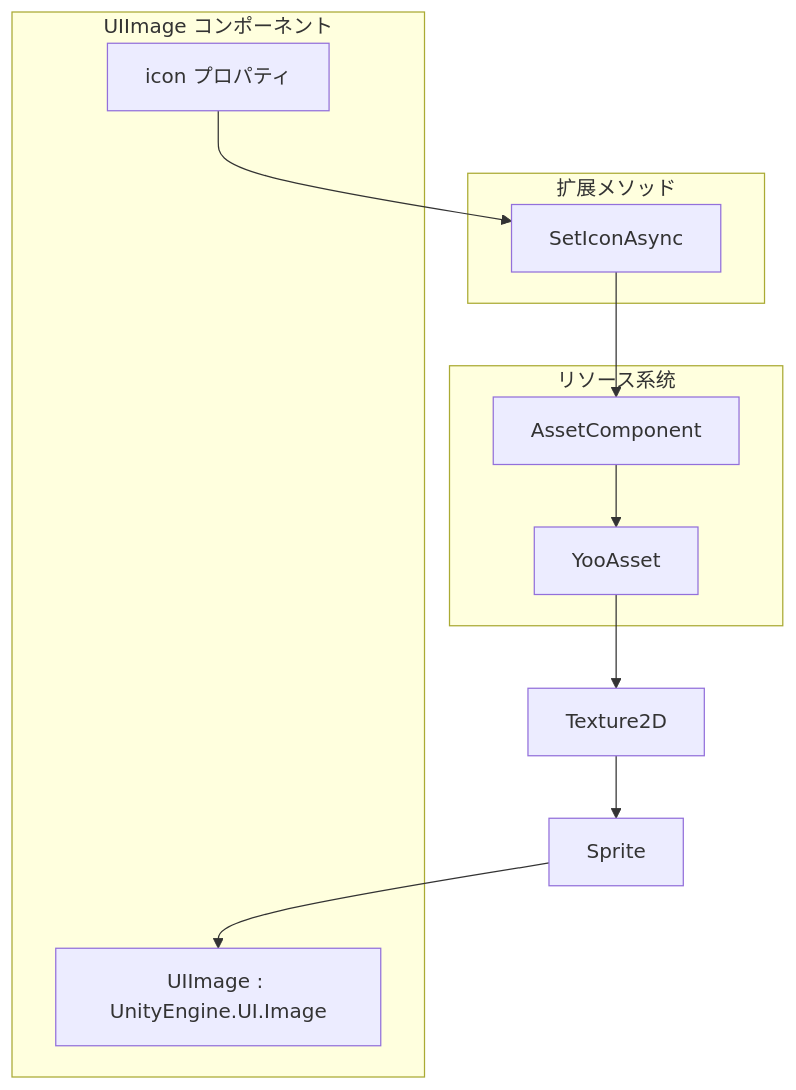
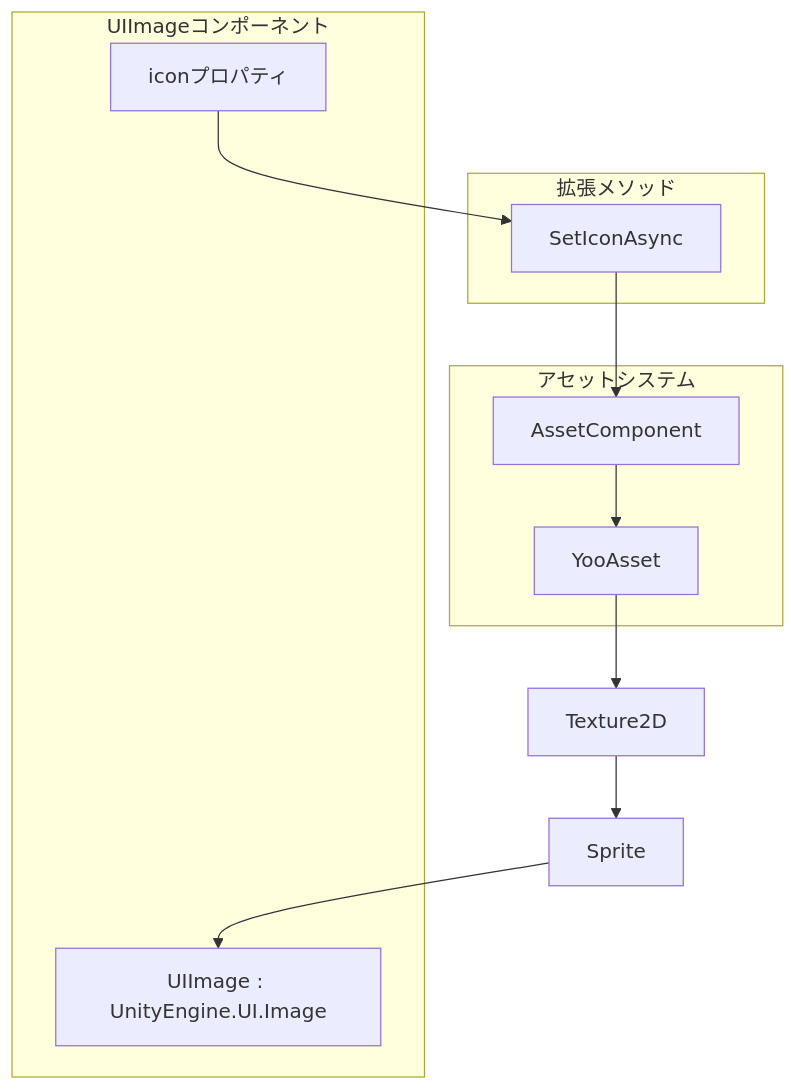
Before and after one commit to AlianBlank/GameFrameX.Docs: the first of 3 diagrams in docs/ja/client/unity/component/ui-ugui/09.uiimage.md, drawn with Mermaid. The commit also changed other lines of this file and 320 other files, not shown here.

````diff
--- a/docs/ja/client/unity/component/ui-ugui/09.uiimage.md
+++ b/docs/ja/client/unity/component/ui-ugui/09.uiimage.md
@@ -19,23 +19,23 @@
 ```mermaid
 flowchart TD
-    subgraph UIImage["UIImage コンポーネント"]
+    subgraph UIImage["UIImageコンポーネント"]
         UIImageClass["UIImage : UnityEngine.UI.Image"]
-        IconProperty["icon プロパティ"]
+        IconProperty["iconプロパティ"]
     end
 
-    subgraph Extension["扩展メソッド"]
+    subgraph Extension["拡張メソッド"]
         SetIconAsync["SetIconAsync"]
     end
 
-    subgraph AssetSystem["リソース系统"]
+    subgraph AssetSystem["アセットシステム"]
         AssetComponent["AssetComponent"]
         YooAsset["YooAsset"]
     end
 
     IconProperty --> SetIconAsync
     SetIconAsync --> AssetComponent
     AssetComponent --> YooAsset
     YooAsset --> Texture["Texture2D"]
     Texture --> Sprite["Sprite"]
     Sprite --> UIImageClass
 ```
````
